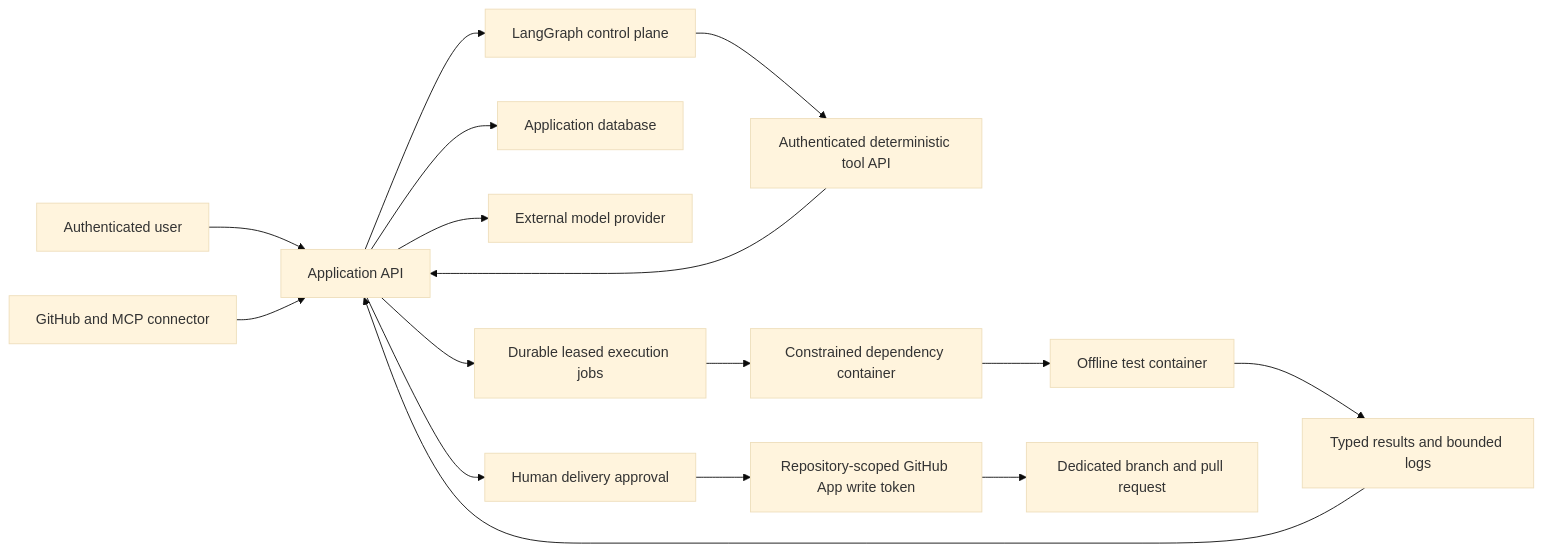
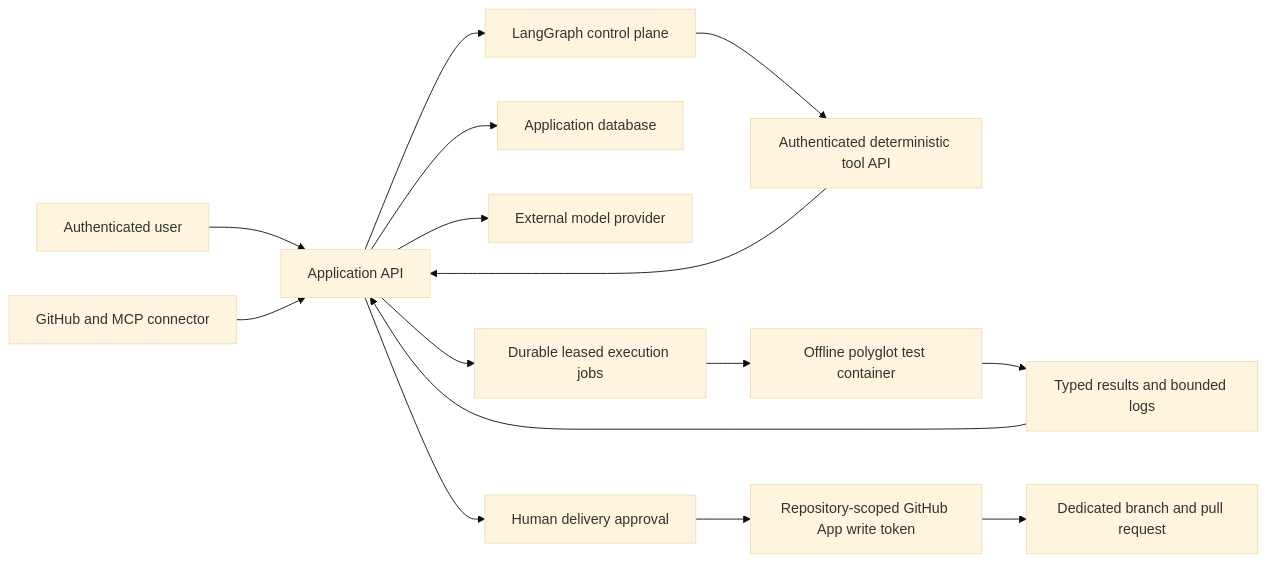
The diagram in docs/THREAT_MODEL.md (adipise5/TestPilot-), drawn with Mermaid (base theme) before and after one commit. The commit also changed other lines of this file and 30 other files, not shown here.

````diff
--- a/docs/THREAT_MODEL.md
+++ b/docs/THREAT_MODEL.md
@@ -15,18 +15,17 @@
 ```mermaid
 flowchart LR
     USER["Authenticated user"] --> API["Application API"]
     GH["GitHub and MCP connector"] --> API
     API --> GRAPH["LangGraph control plane"]
     GRAPH --> TOOLS["Authenticated deterministic tool API"]
     TOOLS --> API
     API --> DB["Application database"]
     API --> MODEL["External model provider"]
     API --> QUEUE["Durable leased execution jobs"]
-    QUEUE --> WORKER["Constrained dependency container"]
-    WORKER --> OFFLINE["Offline test container"]
+    QUEUE --> OFFLINE["Offline polyglot test container"]
     OFFLINE --> OUT["Typed results and bounded logs"]
     OUT --> API
     API --> REVIEW["Human delivery approval"]
     REVIEW --> WRITE["Repository-scoped GitHub App write token"]
     WRITE --> PR["Dedicated branch and pull request"]
 ```
````
